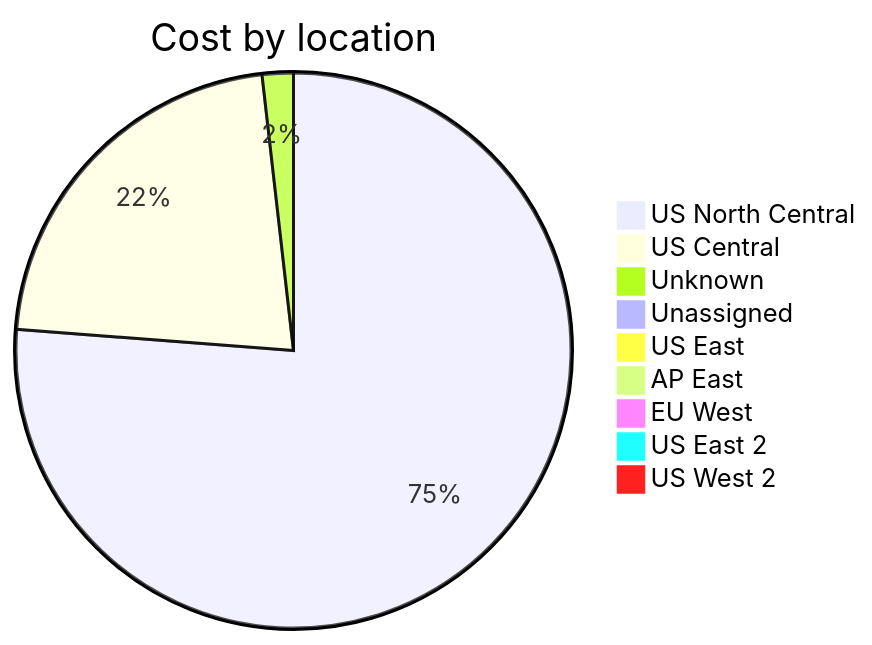
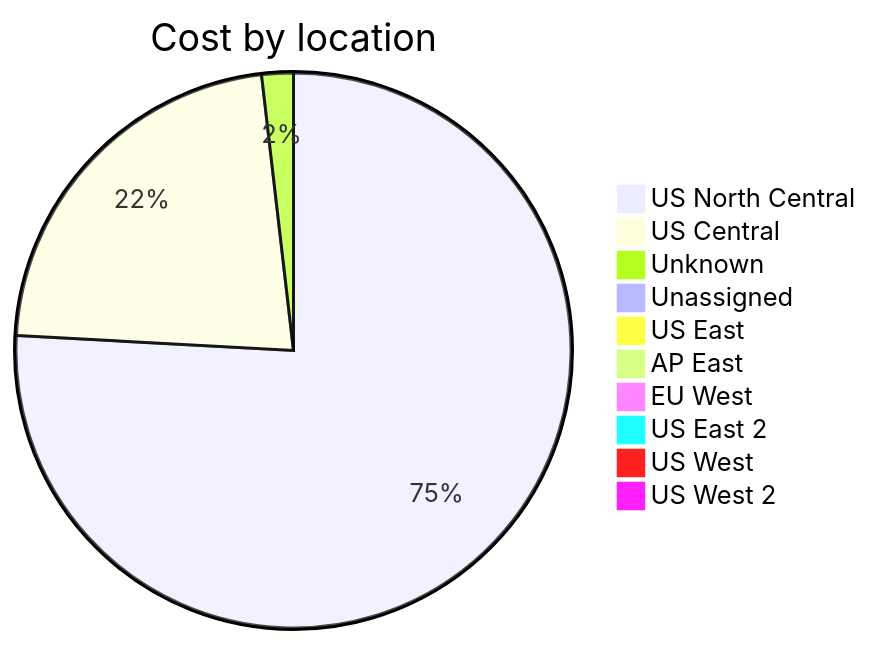
The third of 4 diagrams in cost-reports/accumulated-cost.md (jpfulton/azure-personal-reports), drawn with Mermaid before and after one commit. The commit also changed other lines of this file and 4 other files, not shown here.

````diff
--- a/cost-reports/accumulated-cost.md
+++ b/cost-reports/accumulated-cost.md
@@ -129,13 +130,14 @@
 ```mermaid
 pie
    title Cost by location
-   "US North Central" : 30.73
-   "US Central" : 8.86
-   "Unknown" : 0.73
-   "Unassigned" : 0.36
-   "US East" : 0.16
+   "US North Central" : 32.19
+   "US Central" : 9.46
+   "Unknown" : 0.78
+   "Unassigned" : 0.39
+   "US East" : 0.17
    "AP East" : 0.00
    "EU West" : 0.00
    "US East 2" : 0.00
+   "US West" : 0.00
    "US West 2" : 0.00
 ```
````
